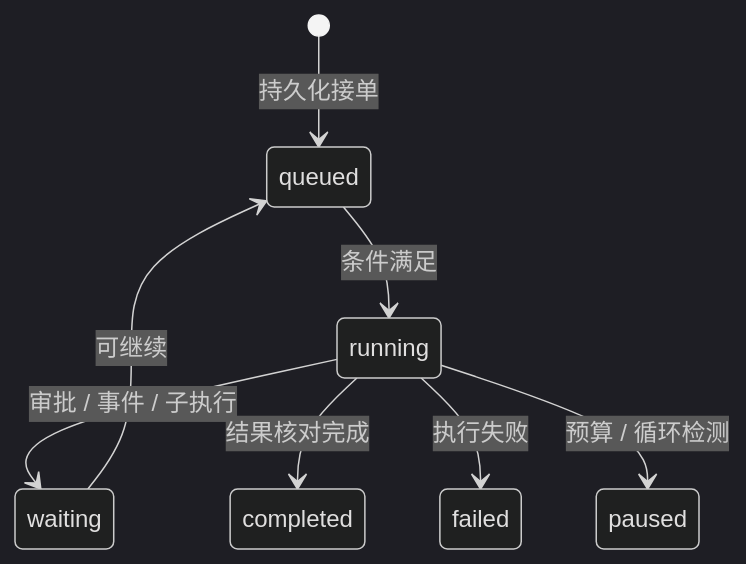
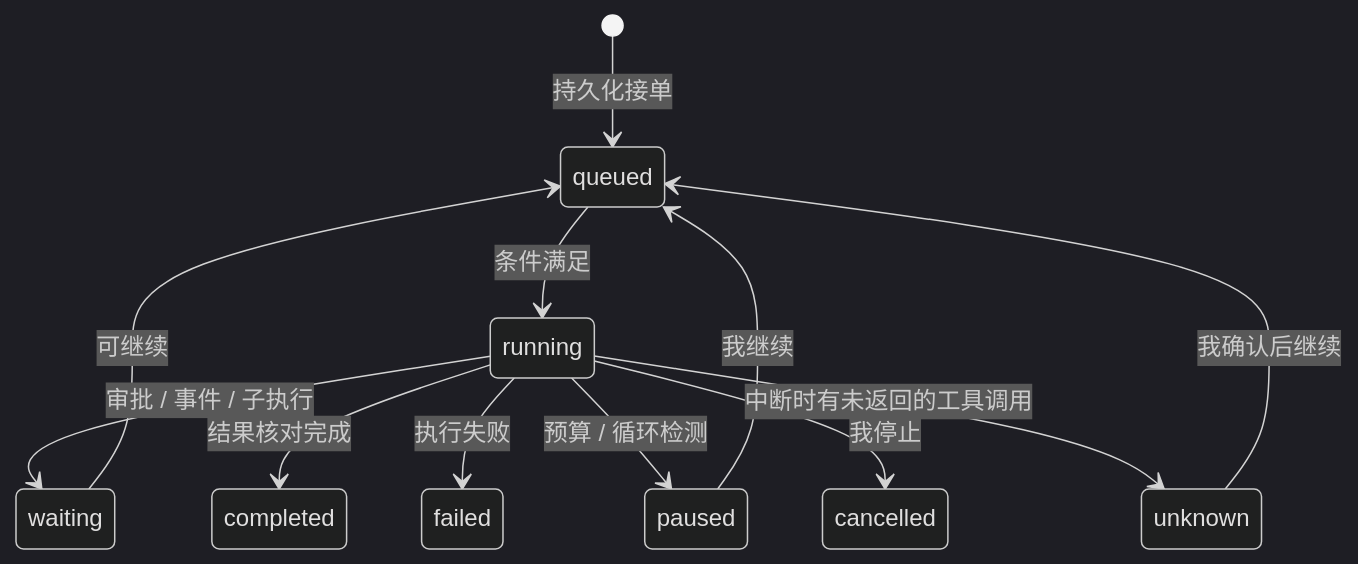
The second of 2 diagrams in docs/design/0017-autonomous-runs.md (yangflow/hoplet), drawn with Mermaid (dark theme) before and after one commit. The commit also changed other lines of this file, not shown here.

````diff
--- a/docs/design/0017-autonomous-runs.md
+++ b/docs/design/0017-autonomous-runs.md
@@ -43,10 +61,14 @@
 ```mermaid
 stateDiagram-v2
     [*] --> queued: 持久化接单
     queued --> running: 条件满足
     running --> waiting: 审批 / 事件 / 子执行
     waiting --> queued: 可继续
     running --> completed: 结果核对完成
     running --> failed: 执行失败
     running --> paused: 预算 / 循环检测
+    running --> cancelled: 我停止
+    running --> unknown: 中断时有未返回的工具调用
+    paused --> queued: 我继续
+    unknown --> queued: 我确认后继续
 ```
````
